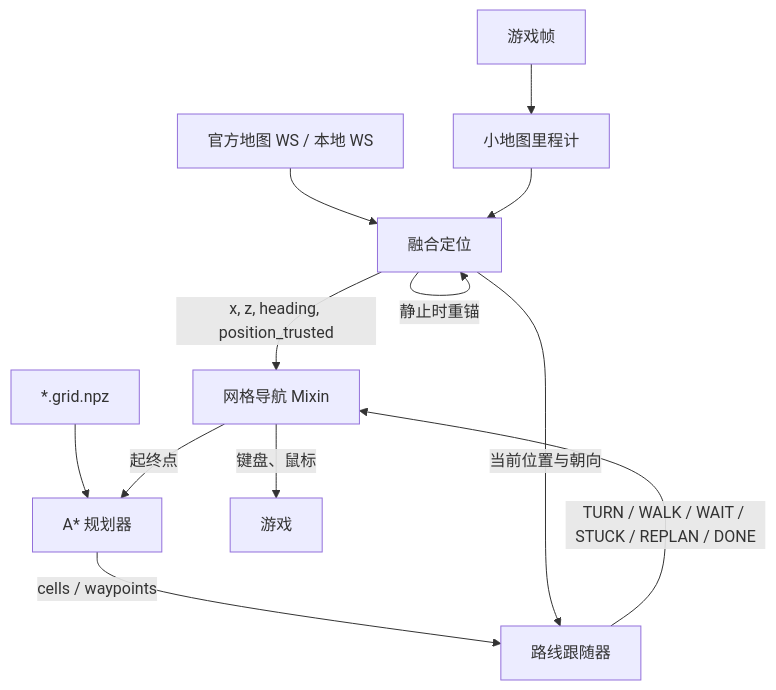
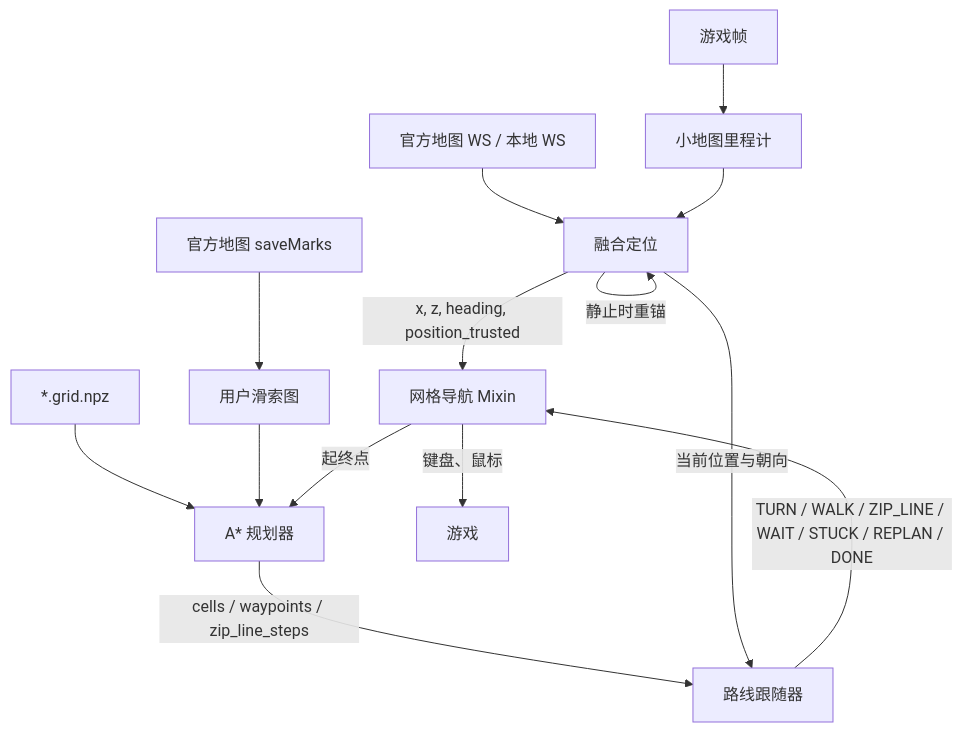
The diagram in docs/dev/导航与小地图定位.md (AliceJump/ok-end-field), drawn with Mermaid before and after one commit. The commit also changed other lines of this file and 28 other files, not shown here.

````diff
--- a/docs/dev/导航与小地图定位.md
+++ b/docs/dev/导航与小地图定位.md
@@ -35,14 +36,16 @@
 ```mermaid
 flowchart TD
     F[游戏帧] --> O[小地图里程计]
     W[官方地图 WS / 本地 WS] --> FUS[融合定位]
     O --> FUS
     FUS -->|静止时重锚| FUS
     FUS -->|x, z, heading, position_trusted| NAV[网格导航 Mixin]
     G[*.grid.npz] --> P[A* 规划器]
+    Z[官方地图 saveMarks] --> ZG[用户滑索图]
+    ZG --> P
     NAV -->|起终点| P
-    P -->|cells / waypoints| RF[路线跟随器]
+    P -->|cells / waypoints / zip_line_steps| RF[路线跟随器]
     FUS -->|当前位置与朝向| RF
-    RF -->|TURN / WALK / WAIT / STUCK / REPLAN / DONE| NAV
+    RF -->|TURN / WALK / ZIP_LINE / WAIT / STUCK / REPLAN / DONE| NAV
     NAV -->|键盘、鼠标| GAME[游戏]
 ```
````
